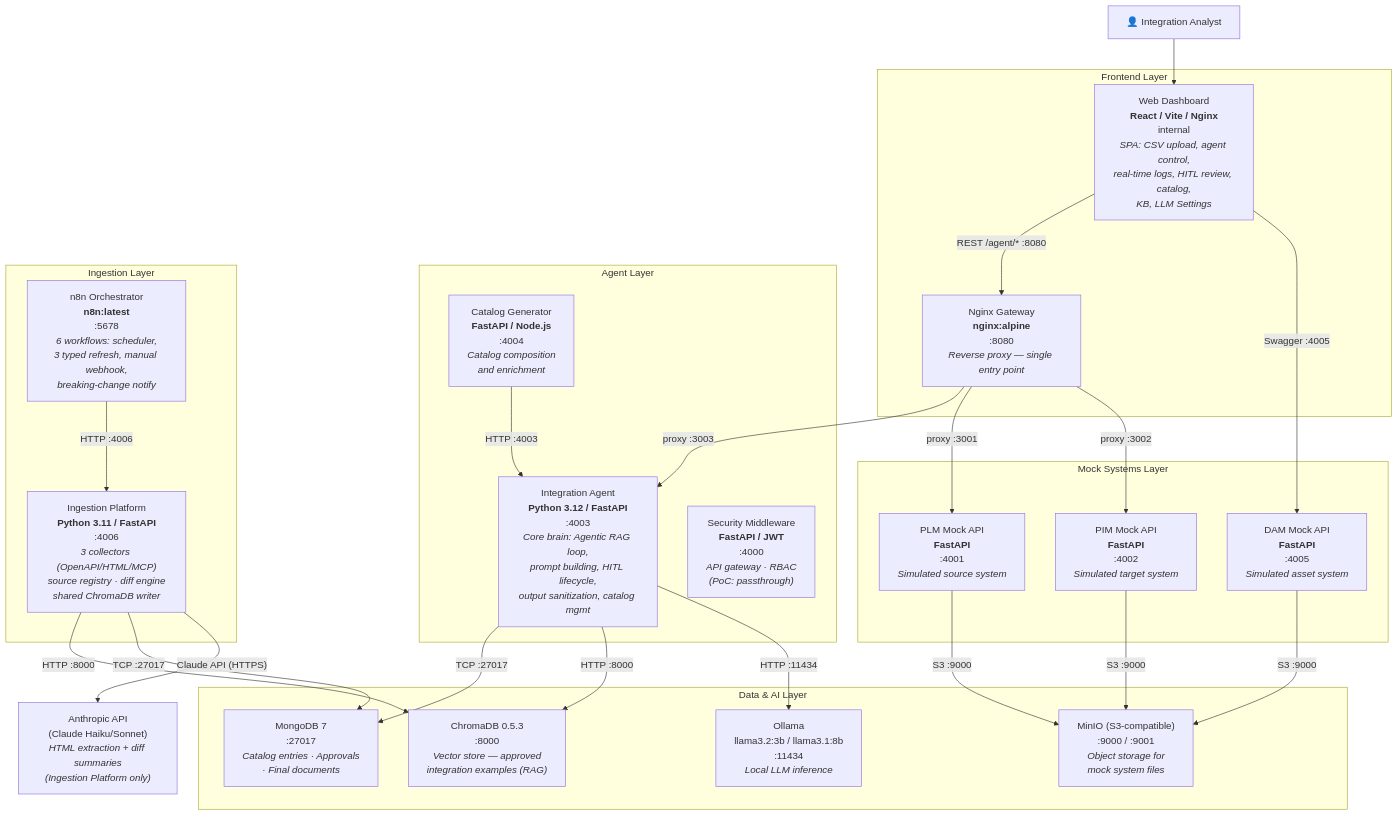
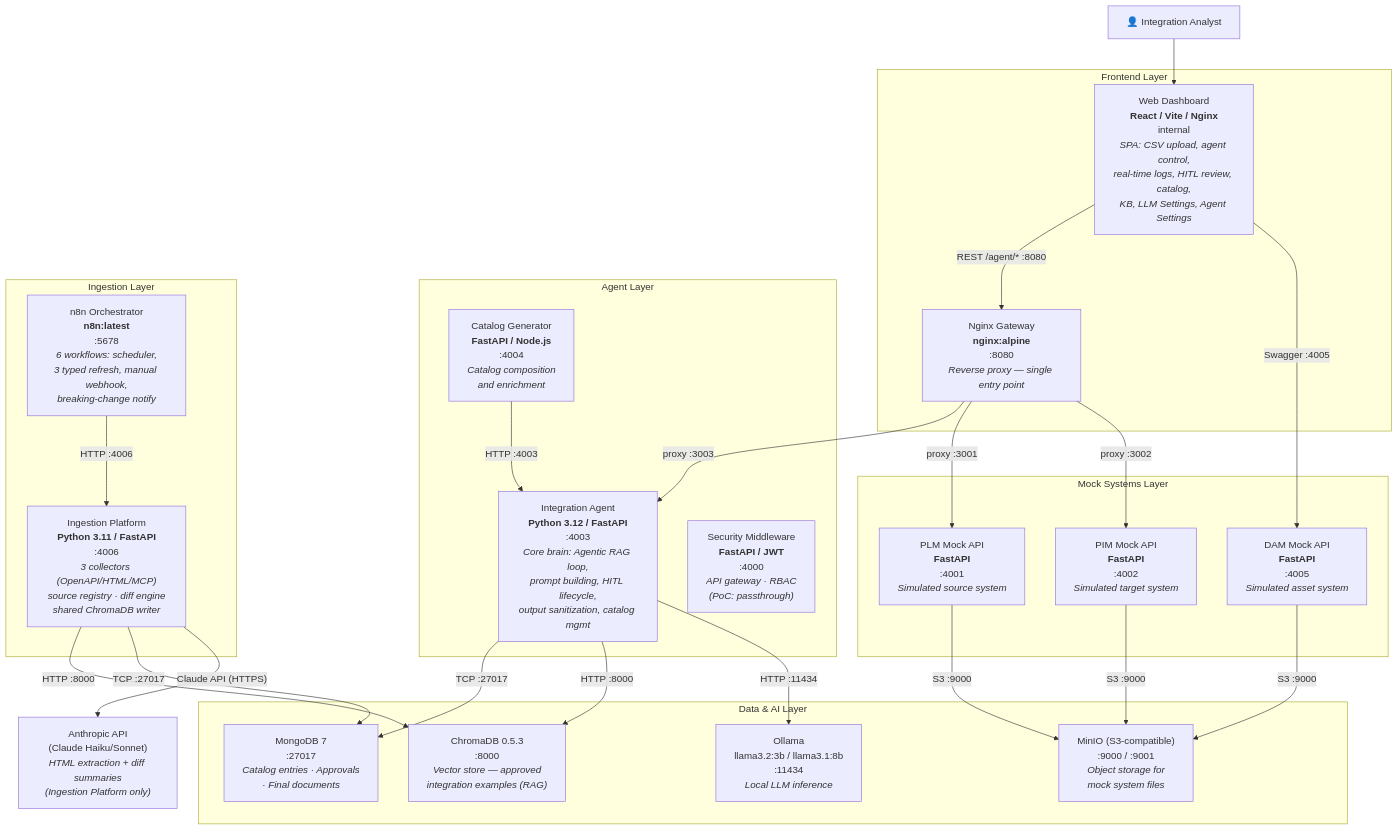
Before and after one commit to emigritti/mate-poc: the second of 23 diagrams in docs/architecture_specification.md, drawn with Mermaid. The commit also changed other lines of this file and 2 other files, not shown here.

First line of the commit message:
docs: sync architecture spec and functional guide with current implementation (v6.0.0)

````diff
--- a/docs/architecture_specification.md
+++ b/docs/architecture_specification.md
@@ -148,51 +149,51 @@
 ```mermaid
 graph TB
     analyst["👤 Integration Analyst"]
 
     subgraph frontend["Frontend Layer"]
         gateway["Nginx Gateway<br/><b>nginx:alpine</b><br/>:8080<br/><i>Reverse proxy — single entry point</i>"]
-        dashboard["Web Dashboard<br/><b>React / Vite / Nginx</b><br/>internal<br/><i>SPA: CSV upload, agent control,<br/>real-time logs, HITL review, catalog,<br/>KB, LLM Settings</i>"]
+        dashboard["Web Dashboard<br/><b>React / Vite / Nginx</b><br/>internal<br/><i>SPA: CSV upload, agent control,<br/>real-time logs, HITL review, catalog,<br/>KB, LLM Settings, Agent Settings</i>"]
     end
 
     subgraph agent_layer["Agent Layer"]
         agent["Integration Agent<br/><b>Python 3.12 / FastAPI</b><br/>:4003<br/><i>Core brain: Agentic RAG loop,<br/>prompt building, HITL lifecycle,<br/>output sanitization, catalog mgmt</i>"]
         catalog_gen["Catalog Generator<br/><b>FastAPI / Node.js</b><br/>:4004<br/><i>Catalog composition<br/>and enrichment</i>"]
         security_mw["Security Middleware<br/><b>FastAPI / JWT</b><br/>:4000<br/><i>API gateway · RBAC<br/>(PoC: passthrough)</i>"]
     end
 
     subgraph data_layer["Data & AI Layer"]
         mongo["MongoDB 7<br/>:27017<br/><i>Catalog entries · Approvals<br/>· Final documents</i>"]
         chroma["ChromaDB 0.5.3<br/>:8000<br/><i>Vector store — approved<br/>integration examples (RAG)</i>"]
         ollama["Ollama<br/>llama3.2:3b / llama3.1:8b<br/>:11434<br/><i>Local LLM inference</i>"]
         minio["MinIO (S3-compatible)<br/>:9000 / :9001<br/><i>Object storage for<br/>mock system files</i>"]
     end
 
     subgraph ingestion_layer["Ingestion Layer"]
         ingestion["Ingestion Platform<br/><b>Python 3.11 / FastAPI</b><br/>:4006<br/><i>3 collectors (OpenAPI/HTML/MCP)<br/>source registry · diff engine<br/>shared ChromaDB writer</i>"]
         n8n["n8n Orchestrator<br/><b>n8n:latest</b><br/>:5678<br/><i>6 workflows: scheduler,<br/>3 typed refresh, manual webhook,<br/>breaking-change notify</i>"]
     end
 
     subgraph mock_layer["Mock Systems Layer"]
         plm["PLM Mock API<br/><b>FastAPI</b><br/>:4001<br/><i>Simulated source system</i>"]
         pim["PIM Mock API<br/><b>FastAPI</b><br/>:4002<br/><i>Simulated target system</i>"]
         dam["DAM Mock API<br/><b>FastAPI</b><br/>:4005<br/><i>Simulated asset system</i>"]
     end
 
     analyst --> dashboard
     dashboard -- "REST /agent/* :8080" --> gateway
     gateway -- "proxy :3003" --> agent
     agent -- "TCP :27017" --> mongo
     agent -- "HTTP :8000" --> chroma
     agent -- "HTTP :11434" --> ollama
     gateway -- "proxy :3001" --> plm
     gateway -- "proxy :3002" --> pim
     dashboard -- "Swagger :4005" --> dam
     plm -- "S3 :9000" --> minio
     pim -- "S3 :9000" --> minio
     dam -- "S3 :9000" --> minio
     catalog_gen -- "HTTP :4003" --> agent
     n8n -- "HTTP :4006" --> ingestion
     ingestion -- "HTTP :8000" --> chroma
     ingestion -- "TCP :27017" --> mongo
     ingestion -- "Claude API (HTTPS)" --> anthropic["Anthropic API<br/>(Claude Haiku/Sonnet)<br/><i>HTML extraction + diff summaries<br/>(Ingestion Platform only)</i>"]
 ```
````
